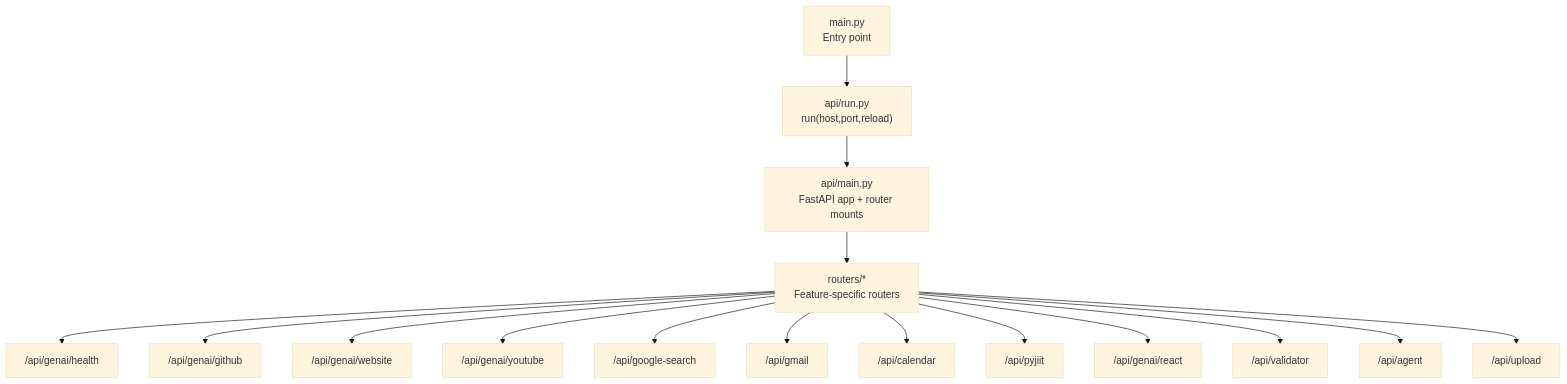
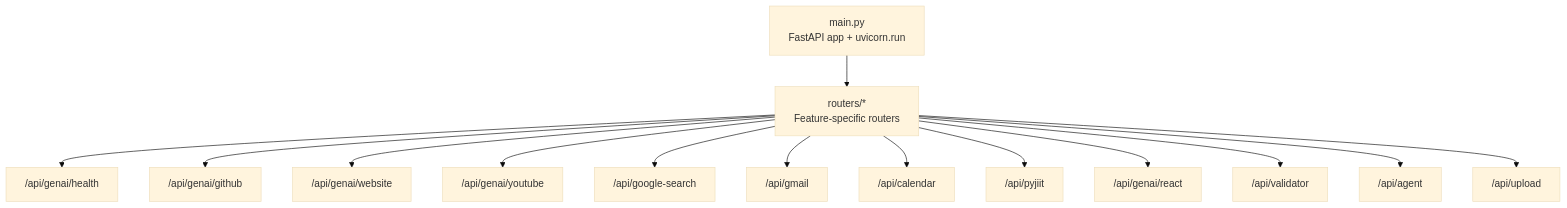
Before and after one commit to tashifkhan/tashif.codes: the first of 9 diagrams in src/data/docs/agentic-browser/API Server/API Overview.md, drawn with Mermaid (base theme). The commit also changed other lines of this file and 2128 other files, not shown here.

First line of the commit message:
docs: replace raster diagram images with native Mermaid across project guides

````diff
--- a/src/data/docs/agentic-browser/API Server/API Overview.md
+++ b/src/data/docs/agentic-browser/API Server/API Overview.md
@@ -9,18 +9,16 @@
 ```mermaid
 graph TB
-A_main["main.py<br/>Entry point"] --> B_api_run["api/run.py<br/>run(host,port,reload)"]
-B_api_run --> C_api_main["api/main.py<br/>FastAPI app + router mounts"]
-C_api_main --> D_routers["routers/*<br/>Feature-specific routers"]
+A_main["main.py<br/>FastAPI app + uvicorn.run"] --> D_routers["routers/*<br/>Feature-specific routers"]
 D_routers --> E_health["/api/genai/health"]
 D_routers --> F_genai_github["/api/genai/github"]
 D_routers --> G_genai_website["/api/genai/website"]
 D_routers --> H_genai_youtube["/api/genai/youtube"]
 D_routers --> I_google_search["/api/google-search"]
 D_routers --> J_gmail["/api/gmail"]
 D_routers --> K_calendar["/api/calendar"]
 D_routers --> L_pyjiit["/api/pyjiit"]
 D_routers --> M_genai_react["/api/genai/react"]
 D_routers --> N_validator["/api/validator"]
 D_routers --> O_agent["/api/agent"]
 D_routers --> P_upload["/api/upload"]
 ```
````
